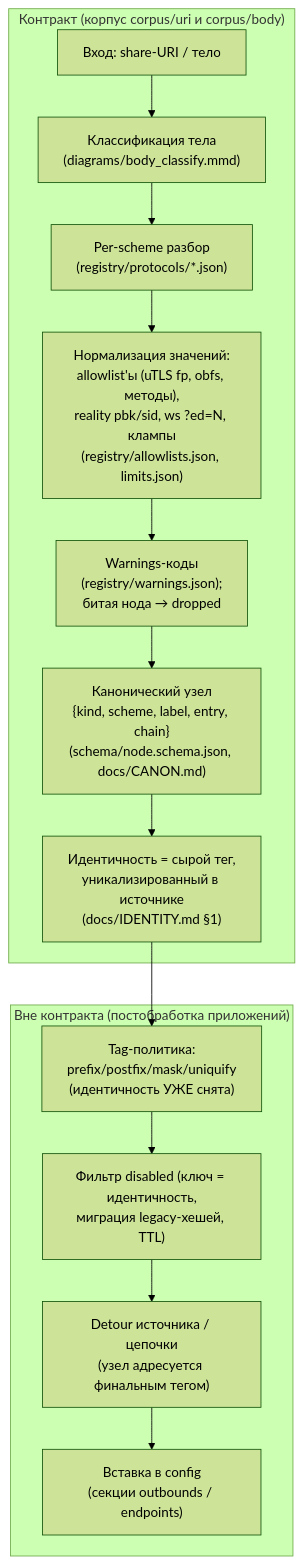
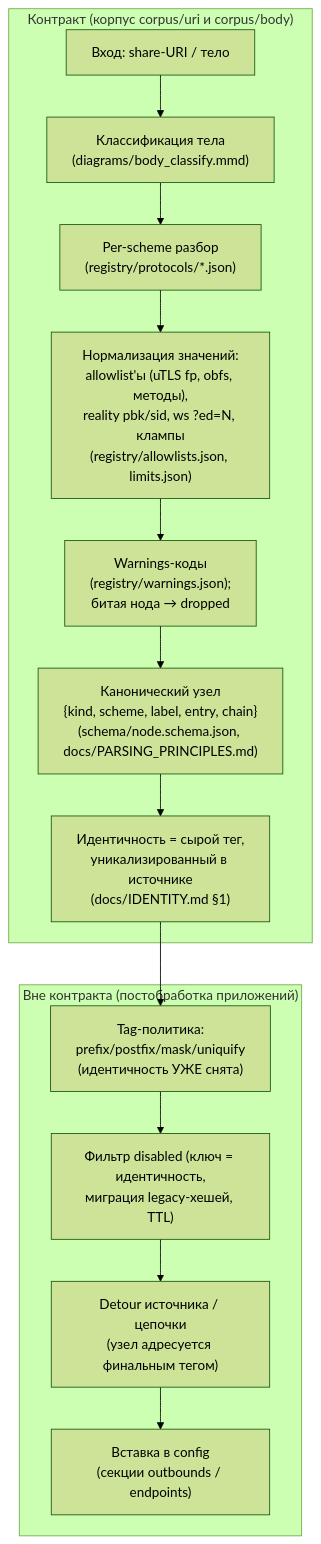
One commit to Leadaxe/singbox-launcher changed the diagram in contract/diagrams/parse_pipeline.mmd. Above: the diagram before and after it, drawn with Mermaid (forest theme). The commit also changed 94 other files, not shown here.

```diff
--- a/contract/diagrams/parse_pipeline.mmd
+++ b/contract/diagrams/parse_pipeline.mmd
@@ -1,34 +1,34 @@
 %% Нормативный пайплайн разбора: тело/URI → канонические узлы (SPEC 103).
 %% Стадии «вне контракта» — постобработка приложений, корпусом не покрываются
 %% (нативные тесты + фикстуры backup для переносимого).
 flowchart TD
   subgraph contract["Контракт (корпус corpus/uri и corpus/body)"]
     A["Вход: share-URI / тело"] --> C["Классификация тела
 (diagrams/body_classify.mmd)"]
     C --> P["Per-scheme разбор
 (registry/protocols/*.json)"]
     P --> N["Нормализация значений:
 allowlist'ы (uTLS fp, obfs, методы),
 reality pbk/sid, ws ?ed=N, клампы
 (registry/allowlists.json, limits.json)"]
     N --> W["Warnings-коды
 (registry/warnings.json);
 битая нода → dropped"]
     W --> CE["Канонический узел
 {kind, scheme, label, entry, chain}
-(schema/node.schema.json, docs/CANON.md)"]
+(schema/node.schema.json, docs/PARSING_PRINCIPLES.md)"]
     CE --> IH["Идентичность = сырой тег,
 уникализированный в источнике
 (docs/IDENTITY.md §1)"]
   end
   subgraph app["Вне контракта (постобработка приложений)"]
     IH --> TG["Tag-политика:
 prefix/postfix/mask/uniquify
 (идентичность УЖЕ снята)"]
     TG --> DIS["Фильтр disabled (ключ = идентичность,
 миграция legacy-хешей, TTL)"]
     DIS --> DET["Detour источника / цепочки
 (узел адресуется финальным тегом)"]
     DET --> OUT["Вставка в config
 (секции outbounds / endpoints)"]
   end
```
